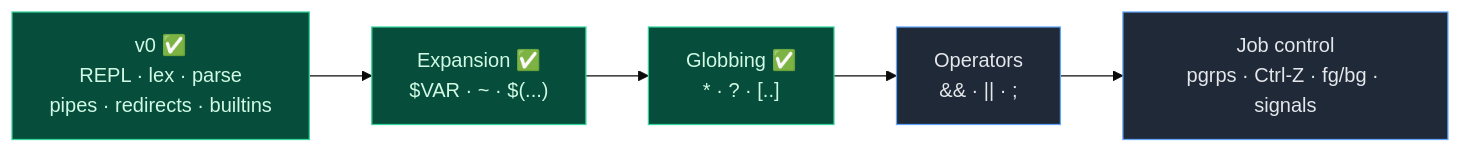
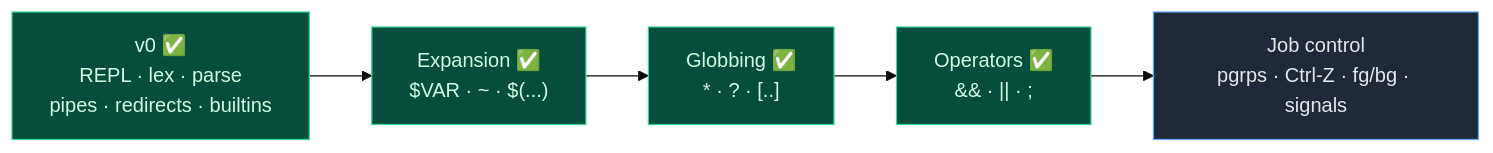
The sixth of 6 diagrams in docs/ARCHITECTURE.md (baileyrd/rush), drawn with Mermaid (base theme) before and after one commit. The commit also changed other lines of this file and 6 other files, not shown here.

````diff
--- a/docs/ARCHITECTURE.md
+++ b/docs/ARCHITECTURE.md
@@ -346,17 +377,18 @@
 ```mermaid
 flowchart LR
     v0["v0 ✅<br/>REPL · lex · parse<br/>pipes · redirects · builtins"]
     e1["Expansion ✅<br/>$VAR · ~ · $(...)"]
     e2["Globbing ✅<br/>* · ? · [..]"]
-    e3["Operators<br/>&amp;&amp; · || · ;"]
+    e3["Operators ✅<br/>&amp;&amp; · || · ;"]
     e4["Job control<br/>pgrps · Ctrl-Z · fg/bg · signals"]
 
     v0 --> e1 --> e2 --> e3 --> e4
 
     classDef done fill:#064e3b,stroke:#34d399,color:#d1fae5;
     classDef todo fill:#1f2937,stroke:#60a5fa,color:#e5e7eb;
     class v0 done;
     class e1 done;
     class e2 done;
-    class e3,e4 todo;
+    class e3 done;
+    class e4 todo;
 ```
````
